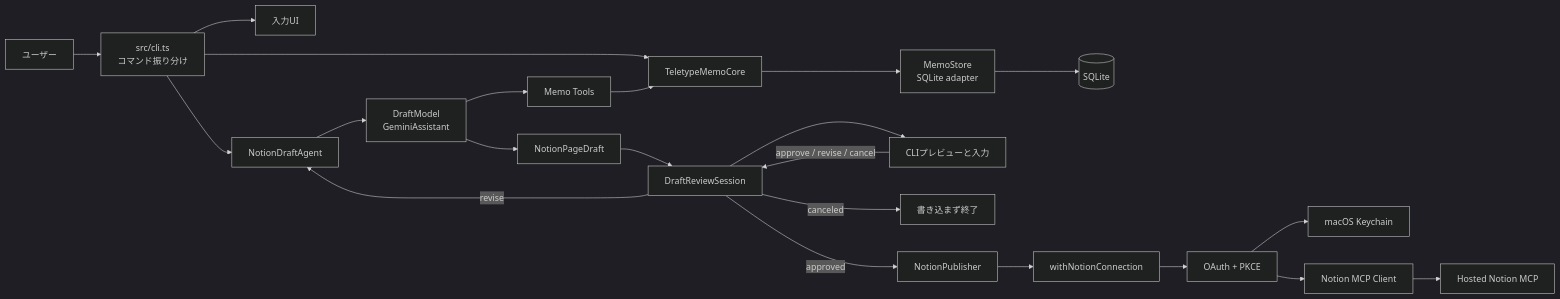
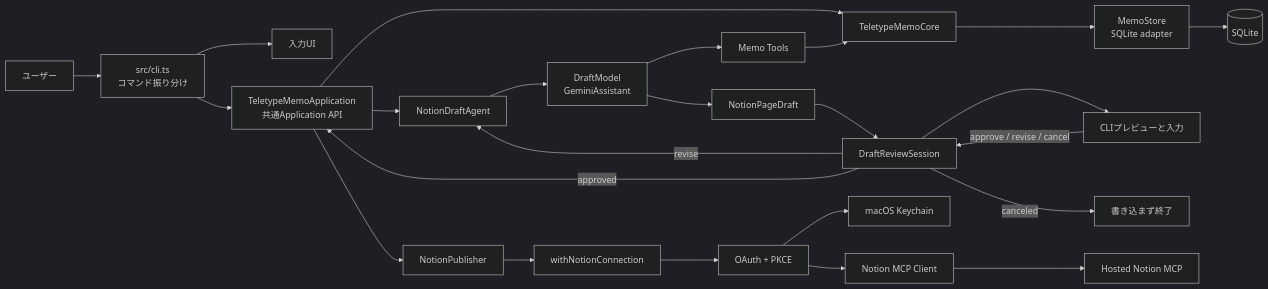
Before and after one commit to hk206/terminal-ai-memo: the first of 4 diagrams in docs/DETAILED_DESIGN.md, drawn with Mermaid (dark theme). The commit also changed other lines of this file and 6 other files, not shown here.

````diff
--- a/docs/DETAILED_DESIGN.md
+++ b/docs/DETAILED_DESIGN.md
@@ -31,25 +31,27 @@
 ```mermaid
 flowchart LR
     User["ユーザー"] --> CLI["src/cli.ts\nコマンド振り分け"]
     CLI --> Input["入力UI"]
-    CLI --> Core["TeletypeMemoCore"]
+    CLI --> App["TeletypeMemoApplication\n共通Application API"]
+    App --> Core["TeletypeMemoCore"]
     Core --> Store["MemoStore\nSQLite adapter"]
     Store --> SQLite[("SQLite")]
 
-    CLI --> Agent["NotionDraftAgent"]
+    App --> Agent["NotionDraftAgent"]
     Agent --> Gemini["DraftModel\nGeminiAssistant"]
     Gemini --> Tools["Memo Tools"]
     Tools --> Core
     Gemini --> Draft["NotionPageDraft"]
     Draft --> Session["DraftReviewSession"]
     Session --> Review["CLIプレビューと入力"]
     Review -->|approve / revise / cancel| Session
     Session -->|revise| Agent
     Session -->|canceled| Stop["書き込まず終了"]
-    Session -->|approved| Publisher["NotionPublisher"]
+    Session -->|approved| App
+    App --> Publisher["NotionPublisher"]
     Publisher --> Connection["withNotionConnection"]
     Connection --> OAuth["OAuth + PKCE"]
     OAuth --> Keychain["macOS Keychain"]
     OAuth --> MCP["Notion MCP Client"]
     MCP --> Notion["Hosted Notion MCP"]
 ```
````
